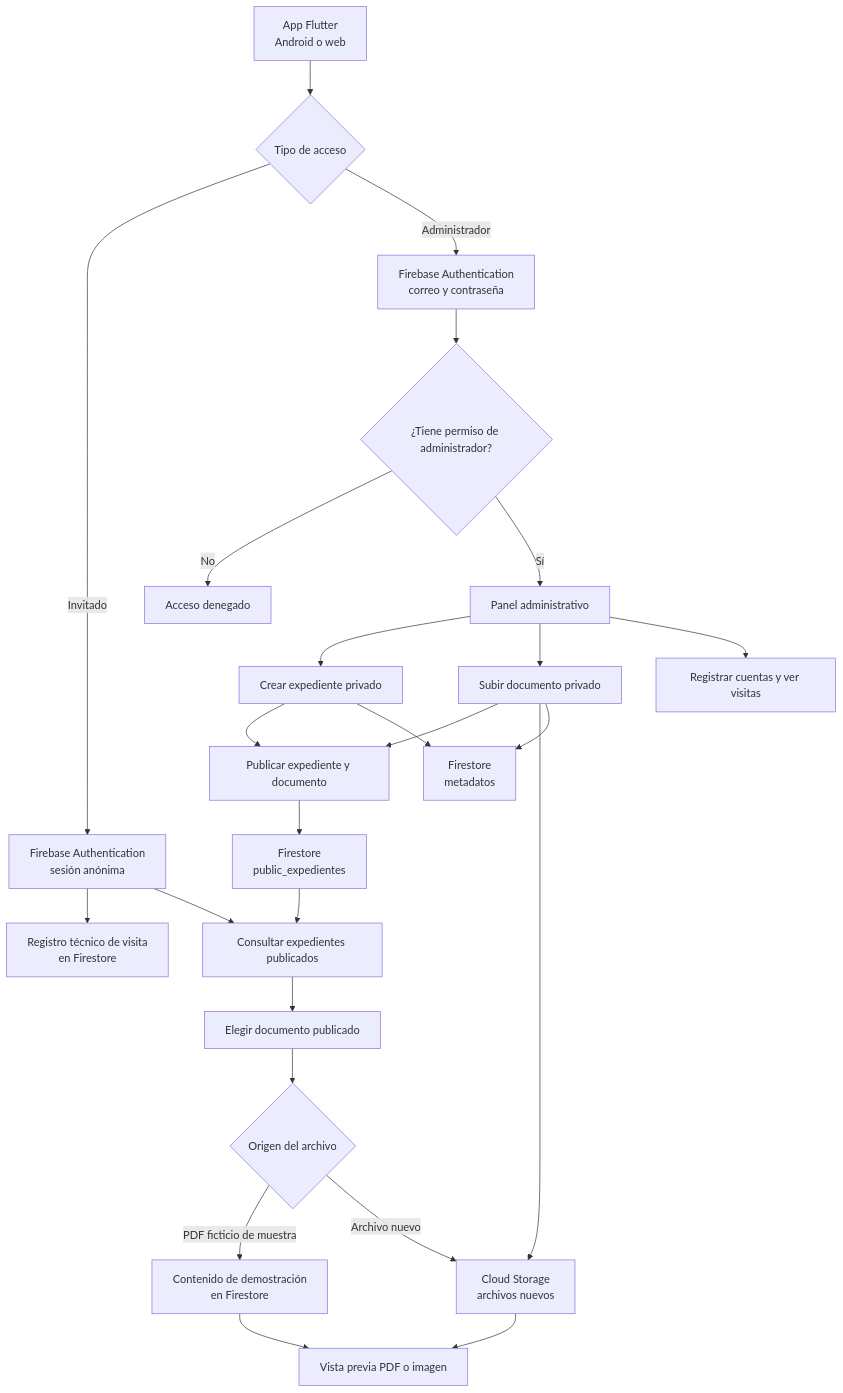
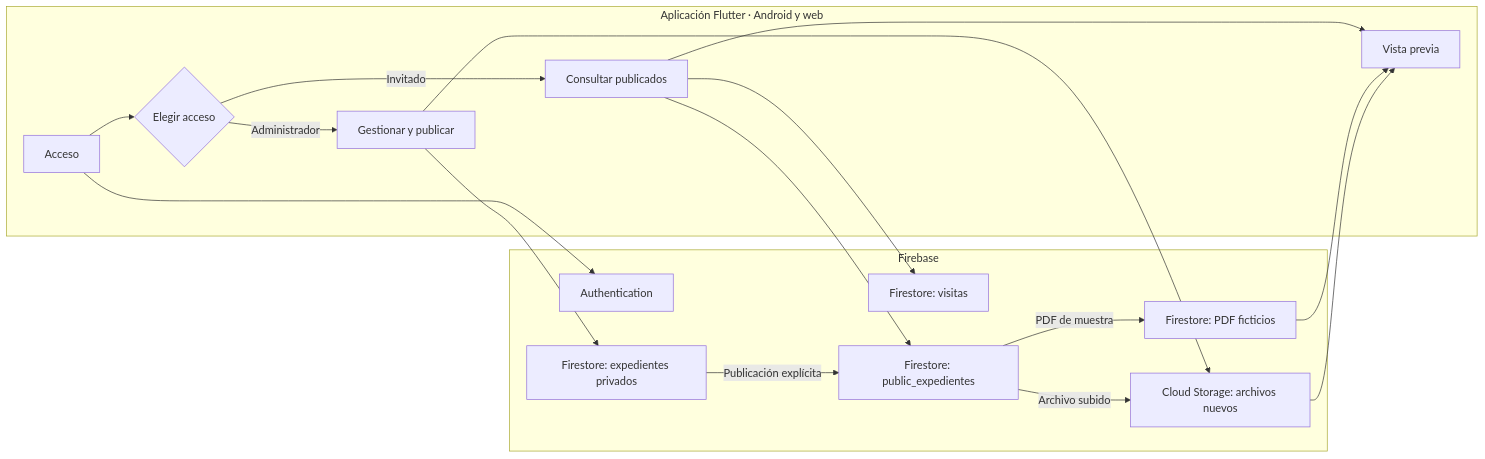
The diagram in README.md (javierdavidortegaherrera-ui/sistema-archivo-documental), drawn with Mermaid before and after one commit. The commit also changed other lines of this file, not shown here.

Commit message:
Rediseña diagrama interactivo del README

````diff
--- a/README.md
+++ b/README.md
@@ -37,27 +37,27 @@
 ```mermaid
-flowchart TD
-    A["App Flutter<br/>Android o web"] --> B{"Tipo de acceso"}
-    B -->|Invitado| C["Firebase Authentication<br/>sesión anónima"]
-    B -->|Administrador| D["Firebase Authentication<br/>correo y contraseña"]
-    C --> E["Registro técnico de visita<br/>en Firestore"]
-    C --> F["Consultar expedientes publicados"]
-    D --> G{"¿Tiene permiso de administrador?"}
-    G -->|No| H["Acceso denegado"]
-    G -->|Sí| I["Panel administrativo"]
-    I --> J["Crear expediente privado"]
-    I --> K["Subir documento privado"]
-    I --> L["Registrar cuentas y ver visitas"]
-    J --> M["Publicar expediente y documento"]
-    K --> M
-    J --> O["Firestore<br/>metadatos"]
-    K --> N["Cloud Storage<br/>archivos nuevos"]
-    K --> O
-    M --> P["Firestore<br/>public_expedientes"]
-    P --> F
-    F --> Q["Elegir documento publicado"]
-    Q --> R{"Origen del archivo"}
-    R -->|PDF ficticio de muestra| S["Contenido de demostración<br/>en Firestore"]
-    R -->|Archivo nuevo| N
-    S --> T["Vista previa PDF o imagen"]
-    N --> T
+flowchart LR
+    subgraph APP["Aplicación Flutter · Android y web"]
+        ACC["Acceso"] --> ROL{"Elegir acceso"}
+        ROL -->|Invitado| INV["Consultar publicados"]
+        ROL -->|Administrador| ADM["Gestionar y publicar"]
+        INV --> PRE["Vista previa"]
+    end
+    subgraph FB["Firebase"]
+        AUT["Authentication"]
+        VIS["Firestore: visitas"]
+        PRI["Firestore: expedientes privados"]
+        PUB["Firestore: public_expedientes"]
+        DEM["Firestore: PDF ficticios"]
+        STO["Cloud Storage: archivos nuevos"]
+    end
+    ACC --> AUT
+    INV --> VIS
+    INV --> PUB
+    ADM --> PRI
+    ADM --> STO
+    PRI -->|Publicación explícita| PUB
+    PUB -->|PDF de muestra| DEM
+    PUB -->|Archivo subido| STO
+    DEM --> PRE
+    STO --> PRE
 ```
````
